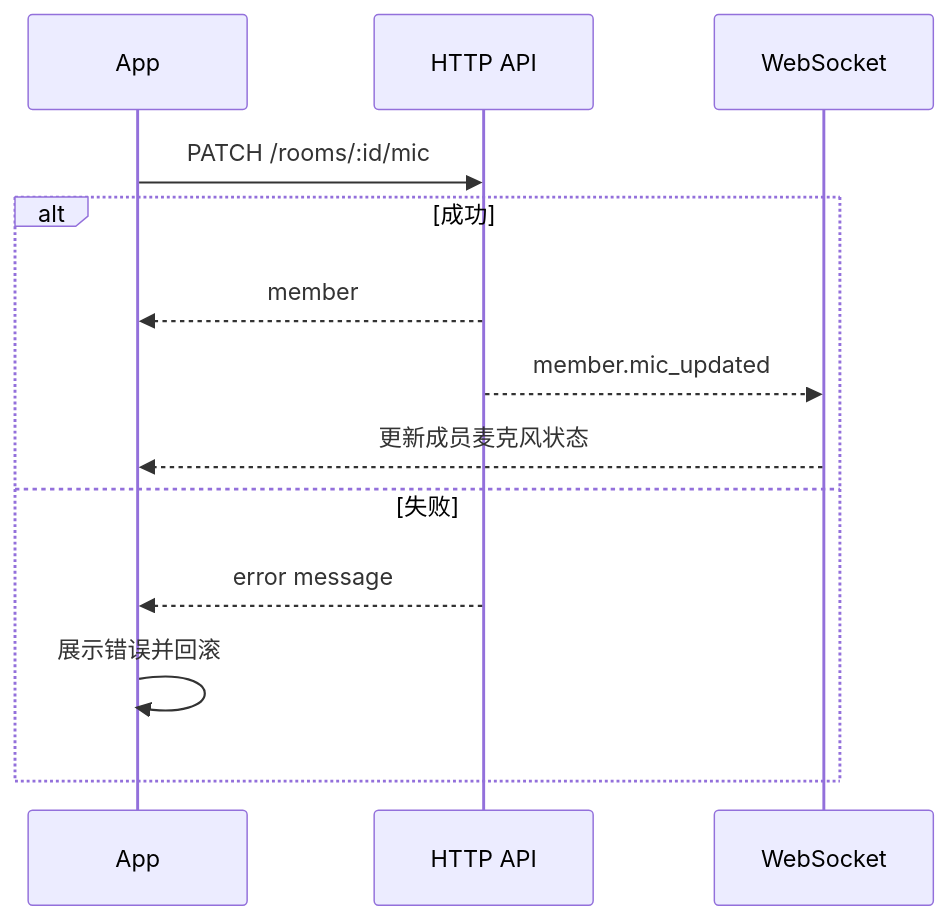
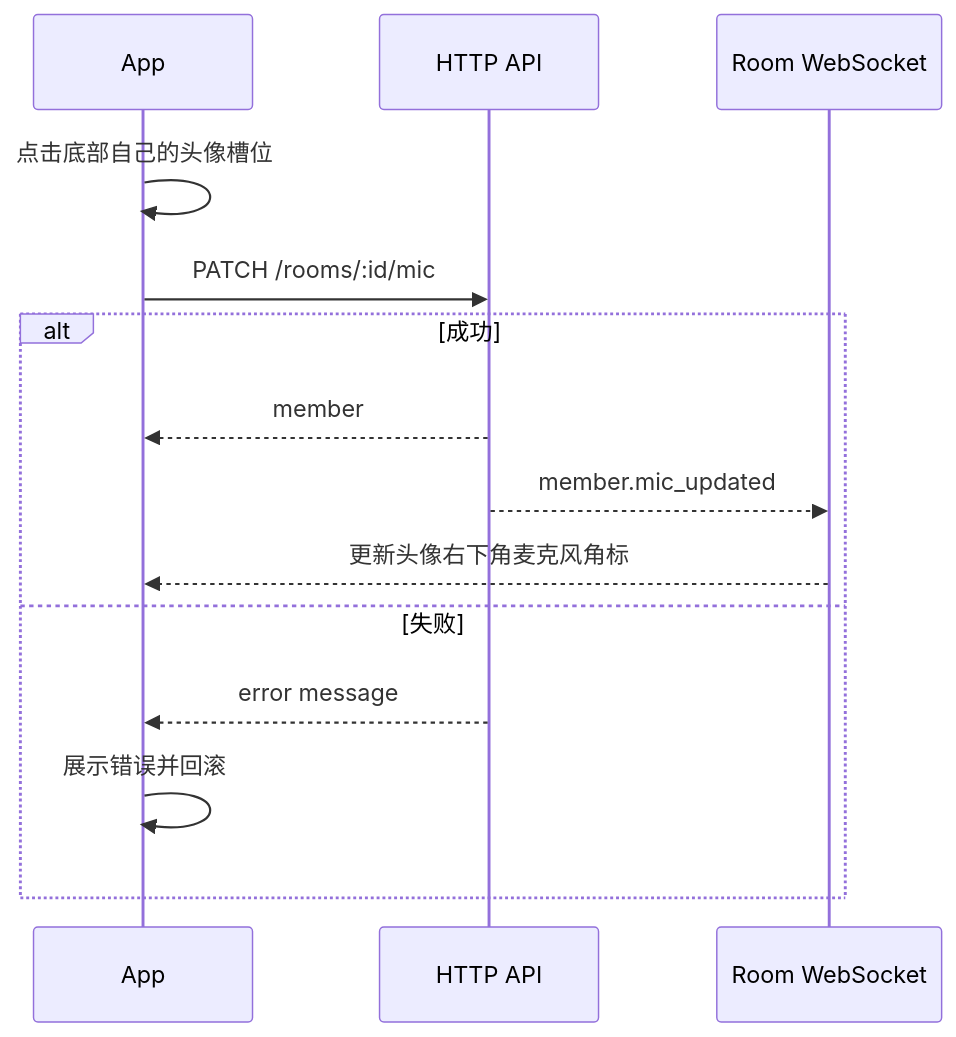
The seventh of 8 diagrams in docs/客户端逻辑设计.md (DancingCodes/room-app), drawn with Mermaid before and after one commit. The commit also changed other lines of this file and 4 other files, not shown here.

````diff
--- a/docs/客户端逻辑设计.md
+++ b/docs/客户端逻辑设计.md
@@ -124,16 +125,17 @@
 ```mermaid
 sequenceDiagram
     participant UI as App
     participant Api as HTTP API
-    participant WS as WebSocket
+    participant WS as Room WebSocket
 
+    UI->>UI: 点击底部自己的头像槽位
     UI->>Api: PATCH /rooms/:id/mic
     alt 成功
         Api-->>UI: member
         Api-->>WS: member.mic_updated
-        WS-->>UI: 更新成员麦克风状态
+        WS-->>UI: 更新头像右下角麦克风角标
     else 失败
         Api-->>UI: error message
         UI->>UI: 展示错误并回滚
     end
 ```
````
